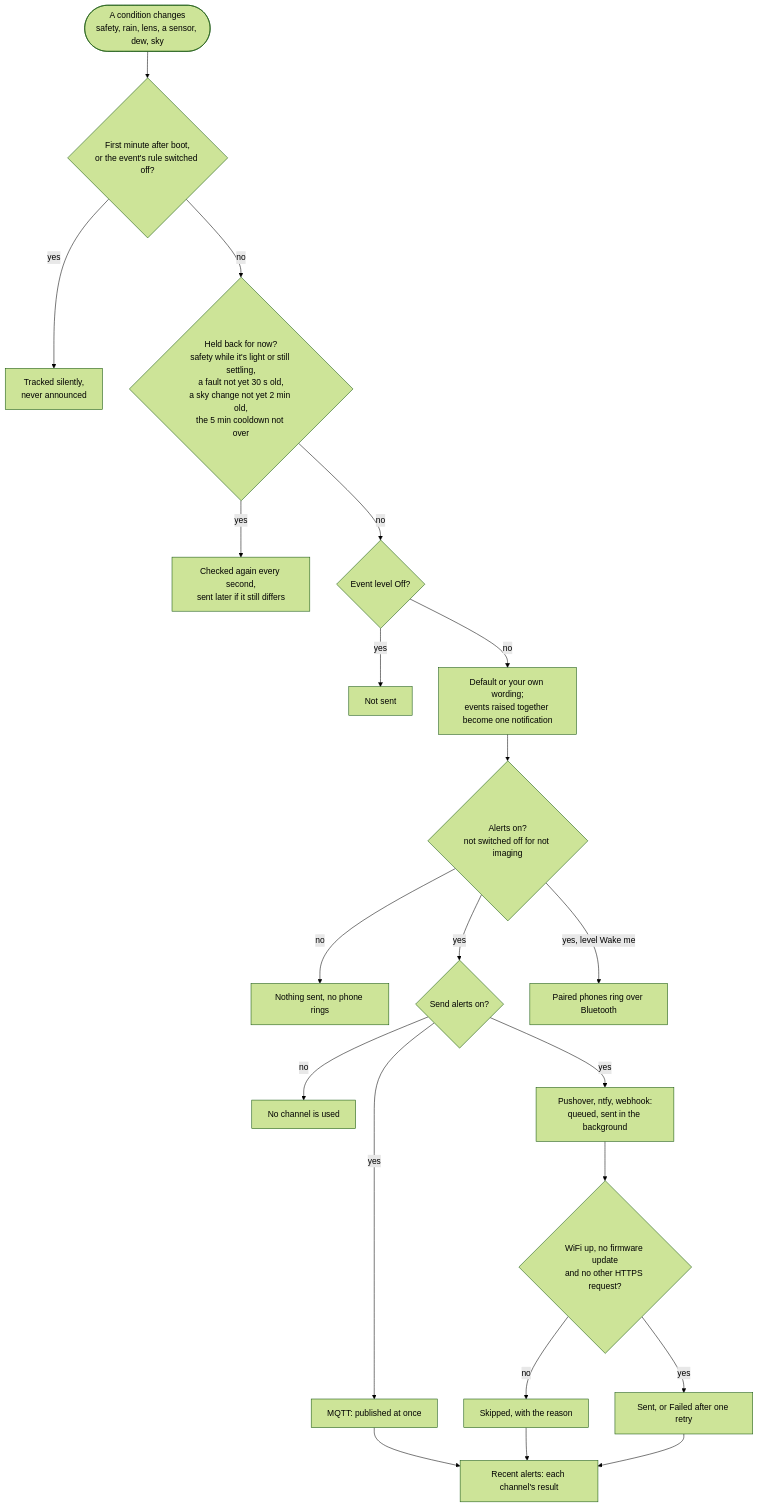
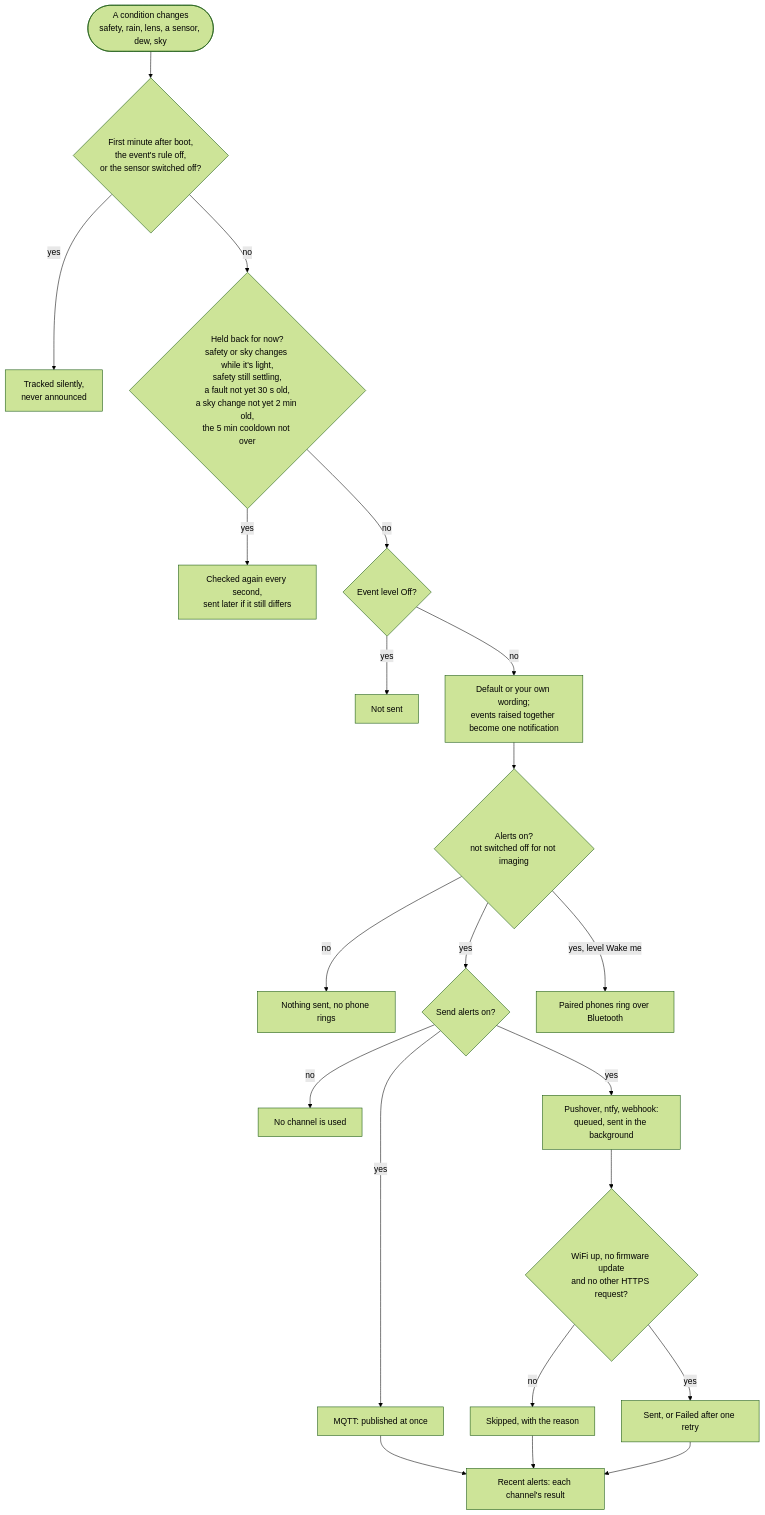
One commit to DeanJ87/SQMeter changed the diagram in docs/user-guide/alerts.md. Above: the diagram before and after it, drawn with Mermaid (forest theme). The commit also changed other lines of this file and 12 other files, not shown here.

First line of the commit message:
docs: confirm every diagram against its sources (024 T030)

````diff
--- a/docs/user-guide/alerts.md
+++ b/docs/user-guide/alerts.md
@@ -14,25 +14,25 @@
 ```mermaid
 flowchart TB
     accTitle: Why an alert does or doesn't arrive
     accDescr: Each second the device compares every condition with what you were last told. A change can be tracked silently, held back for now, or dropped by its level; otherwise it is worded and, if alerts are on, sent to every enabled channel, with each channel's result recorded.
-    CHANGE(["A condition changes<br/>safety, rain, lens, a sensor, dew, sky"]) --> SILENT{"First minute after boot,<br/>or the event's rule switched off?"}
+    CHANGE(["A condition changes<br/>safety, rain, lens, a sensor, dew, sky"]) --> SILENT{"First minute after boot,<br/>the event's rule off,<br/>or the sensor switched off?"}
     SILENT -->|yes| TRACKED["Tracked silently,<br/>never announced"]
-    SILENT -->|no| HELD{"Held back for now?<br/>safety while it's light or still settling,<br/>a fault not yet 30 s old,<br/>a sky change not yet 2 min old,<br/>the 5 min cooldown not over"}
+    SILENT -->|no| HELD{"Held back for now?<br/>safety or sky changes while it's light,<br/>safety still settling,<br/>a fault not yet 30 s old,<br/>a sky change not yet 2 min old,<br/>the 5 min cooldown not over"}
     HELD -->|yes| LATER["Checked again every second,<br/>sent later if it still differs"]
     HELD -->|no| LEVEL{"Event level Off?"}
     LEVEL -->|yes| DROPPED["Not sent"]
     LEVEL -->|no| WORDING["Default or your own wording;<br/>events raised together become one notification"]
     WORDING --> ON{"Alerts on?<br/>not switched off for not imaging"}
     ON -->|no| NOTHING["Nothing sent, no phone rings"]
     ON -->|yes| MASTER{"Send alerts on?"}
     ON -->|"yes, level Wake me"| BLE["Paired phones ring over Bluetooth"]
     MASTER -->|no| NOPUSH["No channel is used"]
     MASTER -->|yes| MQTT["MQTT: published at once"]
     MASTER -->|yes| HTTP["Pushover, ntfy, webhook:<br/>queued, sent in the background"]
     HTTP --> CANSEND{"WiFi up, no firmware update<br/>and no other HTTPS request?"}
     CANSEND -->|no| SKIPPED["Skipped, with the reason"]
     CANSEND -->|yes| SENT["Sent, or Failed after one retry"]
     MQTT --> RECENT["Recent alerts: each channel's result"]
     SKIPPED --> RECENT
     SENT --> RECENT
 ```
````
